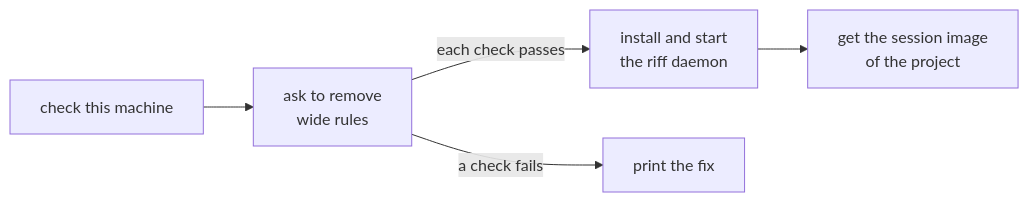
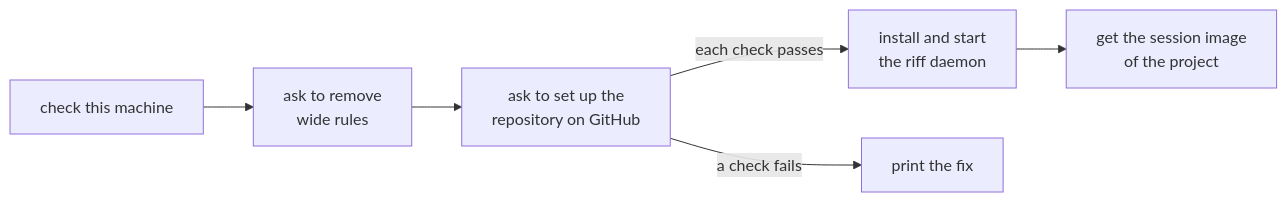
The second of 4 diagrams in docs/src/start-a-riff.md (como-technologies/riff), drawn with Mermaid before and after one commit. The commit also changed other lines of this file and 11 other files, not shown here.

First line of the commit message:
riff init sets up a new repository for riff: riff.toml, auto-merge, the ruleset and the milestones (#1397)

````diff
--- a/docs/src/start-a-riff.md
+++ b/docs/src/start-a-riff.md
@@ -194,7 +194,8 @@
 ```mermaid
 flowchart LR
     C["check this machine"] --> R["ask to remove<br/>wide rules"]
-    R -- "each check passes" --> D["install and start<br/>the riff daemon"]
-    R -- "a check fails" --> F["print the fix"]
+    R --> S["ask to set up the<br/>repository on GitHub"]
+    S -- "each check passes" --> D["install and start<br/>the riff daemon"]
+    S -- "a check fails" --> F["print the fix"]
     D --> I["get the session image<br/>of the project"]
 ```
````
